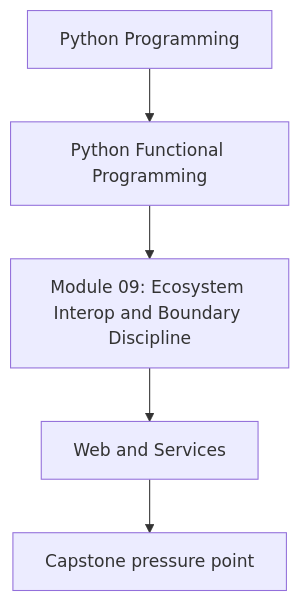
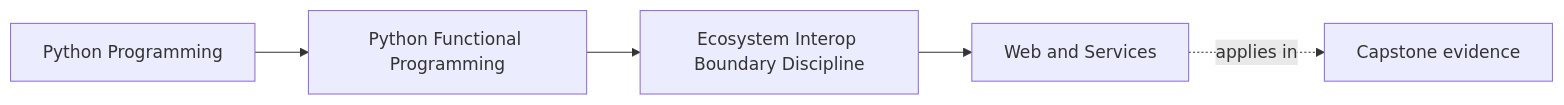
The first of 2 diagrams in programs/python-programming/python-functional-programming/course-book/module-09-ecosystem-interop-boundary-discipline/web-and-services.md (bijux/bijux-masterclass), drawn with Mermaid before and after one commit. The commit also changed other lines of this file and 108 other files, not shown here.

Commit message:
docs(python-functional-programming): map capstone and advanced design surfaces

````diff
--- a/programs/python-programming/python-functional-programming/course-book/module-09-ecosystem-interop-boundary-discipline/web-and-services.md
+++ b/programs/python-programming/python-functional-programming/course-book/module-09-ecosystem-interop-boundary-discipline/web-and-services.md
@@ -6,7 +6,11 @@
 ```mermaid
-flowchart TD
-  family["Python Programming"] --> program["Python Functional Programming"]
-  program --> module["Module 09: Ecosystem Interop and Boundary Discipline"]
-  module --> concept["Web and Services"]
-  concept --> capstone["Capstone pressure point"]
+graph LR
+  family["Python Programming"]
+  program["Python Functional Programming"]
+  section["Ecosystem Interop Boundary Discipline"]
+  page["Web and Services"]
+  capstone["Capstone evidence"]
+
+  family --> program --> section --> page
+  page -.applies in.-> capstone
 ```
````
